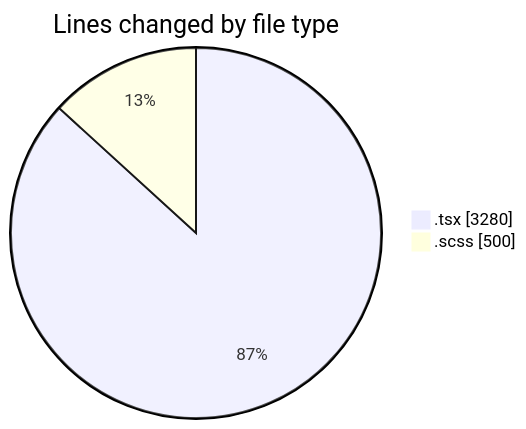
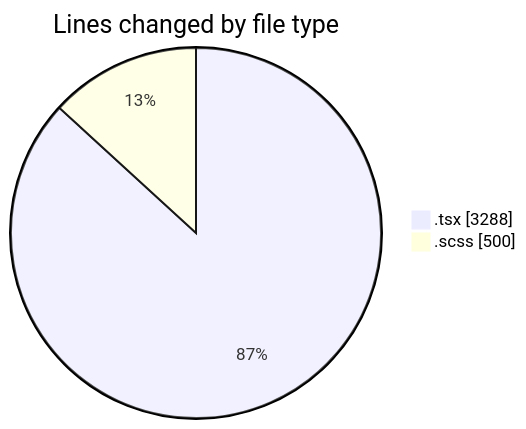
The first of 2 diagrams in 2025-04-10/cda/README.md (momahboobian/code-tracking), drawn with Mermaid before and after one commit. The commit also changed other lines of this file and 1 other file, not shown here.

````diff
--- a/2025-04-10/cda/README.md
+++ b/2025-04-10/cda/README.md
@@ -26,6 +26,6 @@
 ```mermaid
 pie showData
 title Lines changed by file type
-".tsx" : 3280
+".tsx" : 3288
 ".scss" : 500
 ```
````
